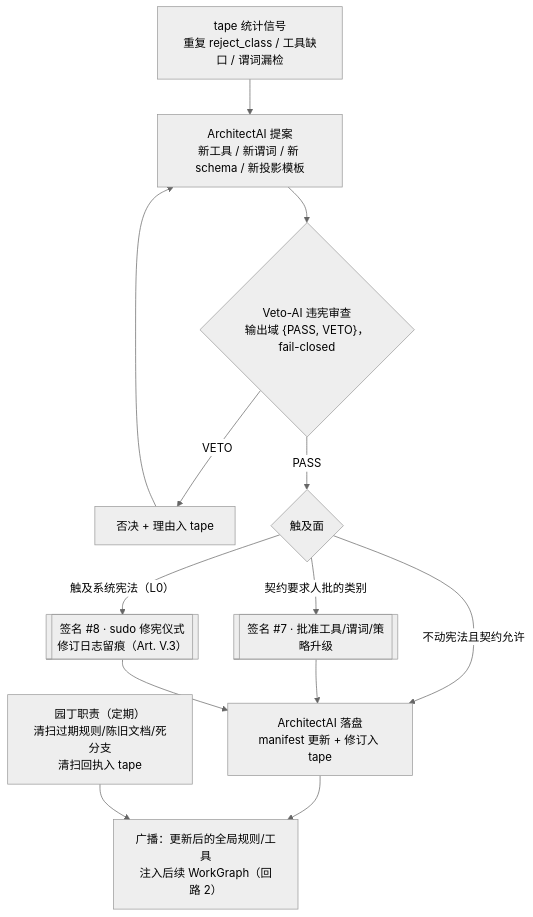
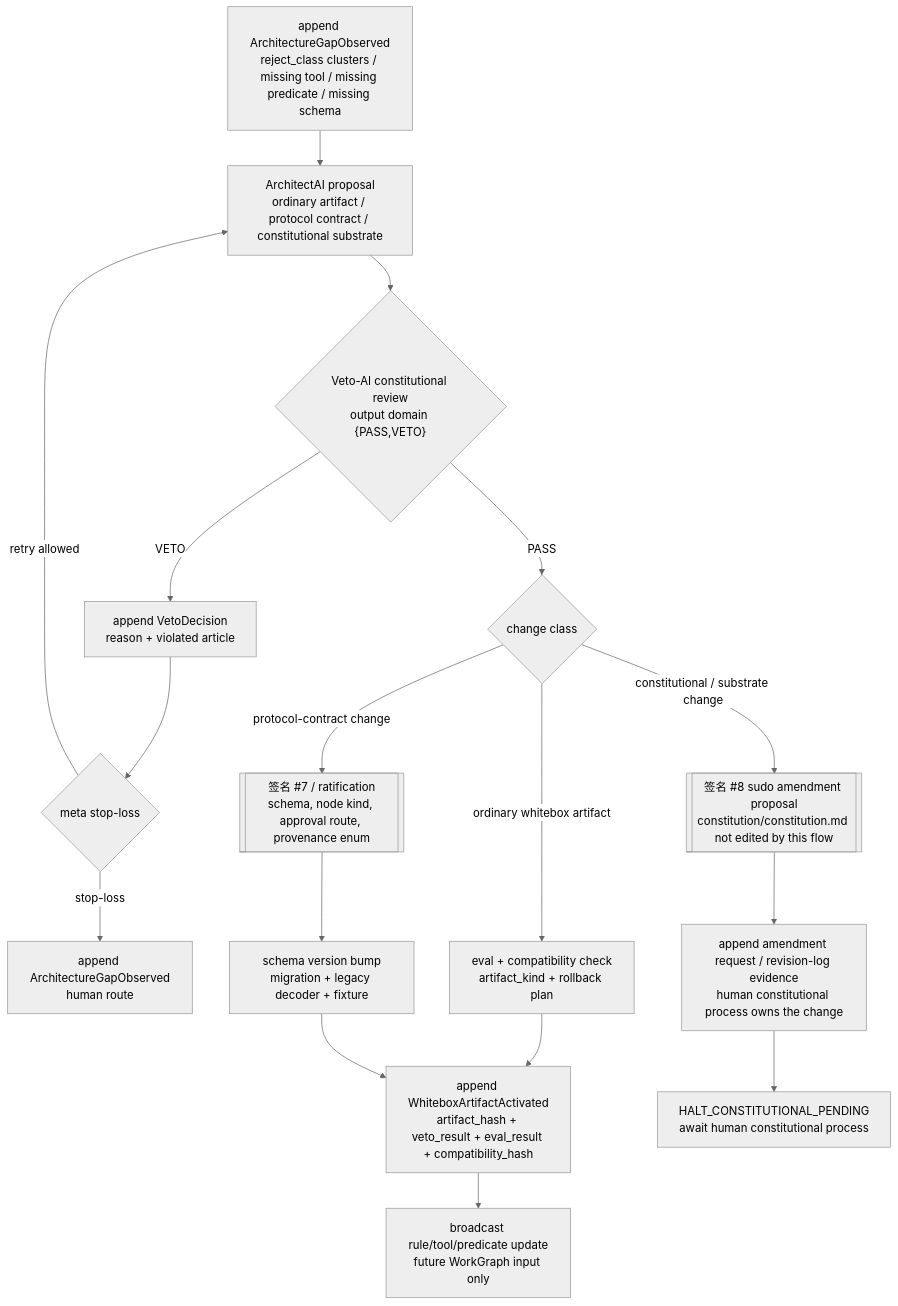
One commit to gretjia/turingos.app changed the fifth of 6 diagrams in WHITEPAPER.md. Above: the diagram before and after it, drawn with Mermaid (neutral theme). The commit also changed other lines of this file and 3 other files, not shown here.

Commit message:
C1_09 adopt whitepaper v0.6 charter

````diff
--- a/WHITEPAPER.md
+++ b/WHITEPAPER.md
@@ -479,14 +477,18 @@
 ```mermaid
 flowchart TD
-    TAPE["tape 统计信号<br>重复 reject_class / 工具缺口 / 谓词漏检"] --> ARCH["ArchitectAI 提案<br>新工具 / 新谓词 / 新 schema / 新投影模板"]
-    ARCH --> VETO{"Veto-AI 违宪审查<br>输出域 {PASS, VETO}，fail-closed"}
-    VETO -->|"VETO"| TV["否决 + 理由入 tape"] --> ARCH
-    VETO -->|"PASS"| SCOPE{"触及面"}
-    SCOPE -->|"不动宪法且契约允许"| COMMIT["ArchitectAI 落盘<br>manifest 更新 + 修订入 tape"]
-    SCOPE -->|"契约要求人批的类别"| H7[["签名 #7 · 批准工具/谓词/策略升级"]]
-    H7 --> COMMIT
-    SCOPE -->|"触及系统宪法（L0）"| H8[["签名 #8 · sudo 修宪仪式<br>修订日志留痕（Art. V.3）"]]
-    H8 --> COMMIT
-    COMMIT --> BCAST["广播：更新后的全局规则/工具<br>注入后续 WorkGraph（回路 2）"]
-    GARD["园丁职责（定期）<br>清扫过期规则/陈旧文档/死分支<br>清扫回执入 tape"] --> BCAST
+    GAP["append ArchitectureGapObserved<br>reject_class clusters / missing tool / missing predicate / missing schema"] --> ARCH["ArchitectAI proposal<br>ordinary artifact / protocol contract / constitutional substrate"]
+    ARCH --> VETO{"Veto-AI constitutional review<br>output domain {PASS,VETO}"}
+    VETO -->|"VETO"| TV["append VetoDecision<br>reason + violated article"] --> MG{"meta stop-loss"}
+    MG -->|"retry allowed"| ARCH
+    MG -->|"stop-loss"| HALTM["append ArchitectureGapObserved<br>human route"]
+    VETO -->|"PASS"| SCOPE{"change class"}
+    SCOPE -->|"ordinary whitebox artifact"| EVAL["eval + compatibility check<br>artifact_kind + rollback plan"]
+    EVAL --> ACTIVATE["append WhiteboxArtifactActivated<br>artifact_hash + veto_result + eval_result + compatibility_hash"]
+    SCOPE -->|"protocol-contract change"| H7[["签名 #7 / ratification<br>schema, node kind, approval route, provenance enum"]]
+    H7 --> MIG["schema version bump<br>migration + legacy decoder + fixture"]
+    MIG --> ACTIVATE
+    SCOPE -->|"constitutional / substrate change"| H8[["签名 #8 sudo amendment proposal<br>constitution/constitution.md not edited by this flow"]]
+    H8 --> AMLOG["append amendment request / revision-log evidence<br>human constitutional process owns the change"]
+    AMLOG --> HALTC["HALT_CONSTITUTIONAL_PENDING<br>await human constitutional process"]
+    ACTIVATE --> BCAST["broadcast rule/tool/predicate update<br>future WorkGraph input only"]
 ```
````
